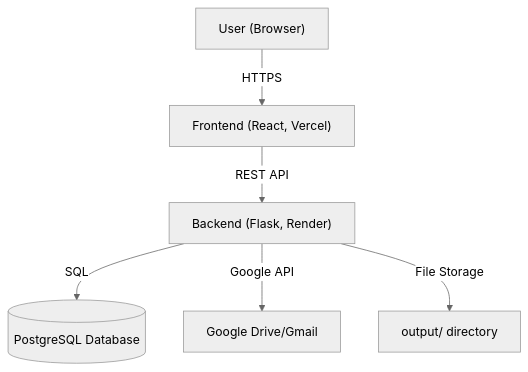
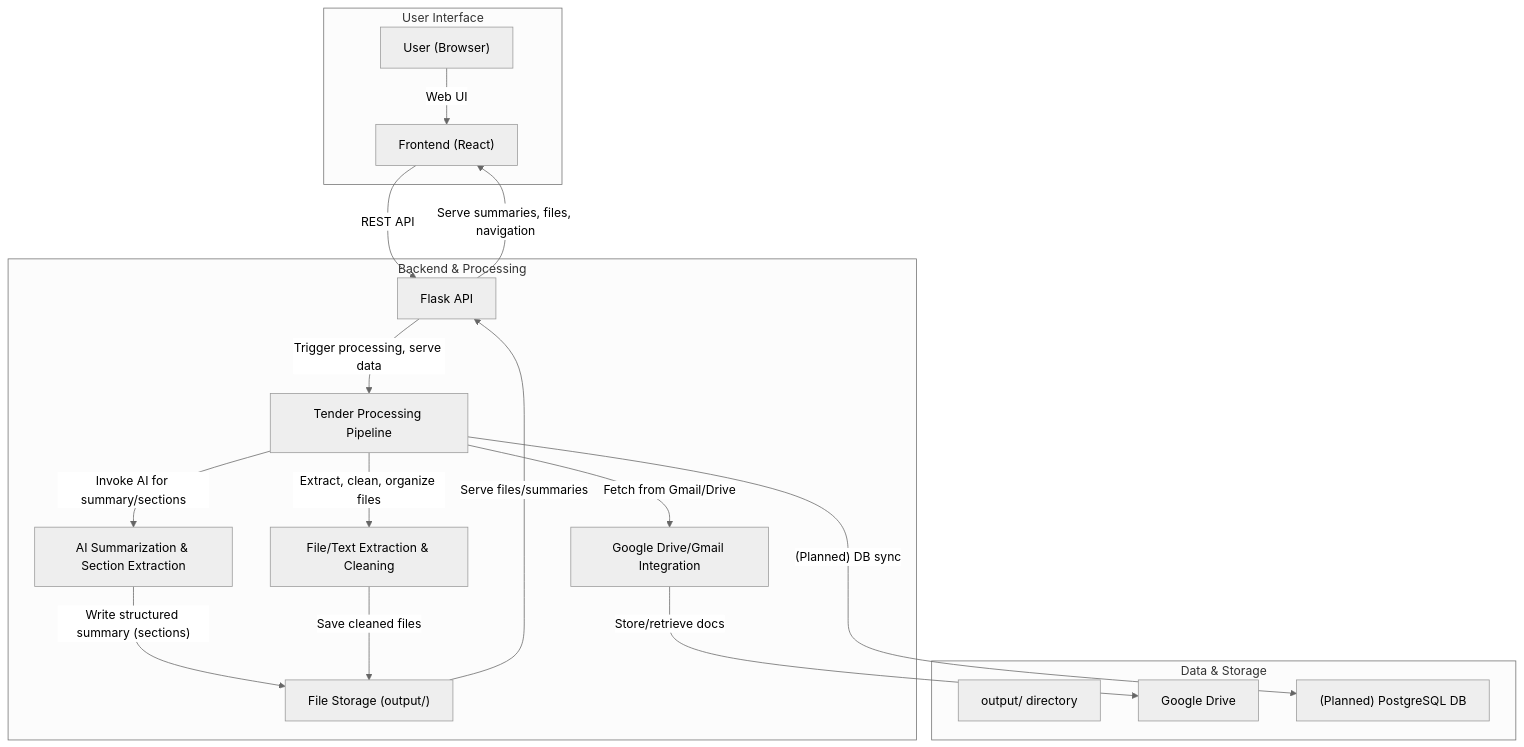
Before and after one commit to black1243/Automated-Tender-Processing-Platform: the diagram in README.md, drawn with Mermaid (neutral theme). The commit also changed other lines of this file, not shown here.

````diff
--- a/README.md
+++ b/README.md
@@ -26,8 +27,33 @@
 ```mermaid
- graph TD
-  A["User (Browser)"] -->|"HTTPS"| B["Frontend (React, Vercel)"]
-  B -->|"REST API"| C["Backend (Flask, Render)"]
-  C -->|"SQL"| D[("PostgreSQL Database")]
-  C -->|"Google API"| E["Google Drive/Gmail"]
-  C -->|"File Storage"| F["output/ directory"]
+graph TD
+  subgraph User Interface
+    A["User (Browser)"]
+    B["Frontend (React)"]
+  end
+  subgraph Backend & Processing
+    C["Flask API"]
+    D["Tender Processing Pipeline"]
+    E["AI Summarization & Section Extraction"]
+    F["Google Drive/Gmail Integration"]
+    G["File/Text Extraction & Cleaning"]
+    H["File Storage (output/)"]
+  end
+  subgraph Data & Storage
+    I["output/ directory"]
+    J["Google Drive"]
+    K["(Planned) PostgreSQL DB"]
+  end
+
+  A -- "Web UI" --> B
+  B -- "REST API" --> C
+  C -- "Trigger processing, serve data" --> D
+  D -- "Extract, clean, organize files" --> G
+  D -- "Fetch from Gmail/Drive" --> F
+  D -- "Invoke AI for summary/sections" --> E
+  E -- "Write structured summary (sections)" --> H
+  G -- "Save cleaned files" --> H
+  F -- "Store/retrieve docs" --> J
+  H -- "Serve files/summaries" --> C
+  C -- "Serve summaries, files, navigation" --> B
+  D -- "(Planned) DB sync" --> K
 ```
````
